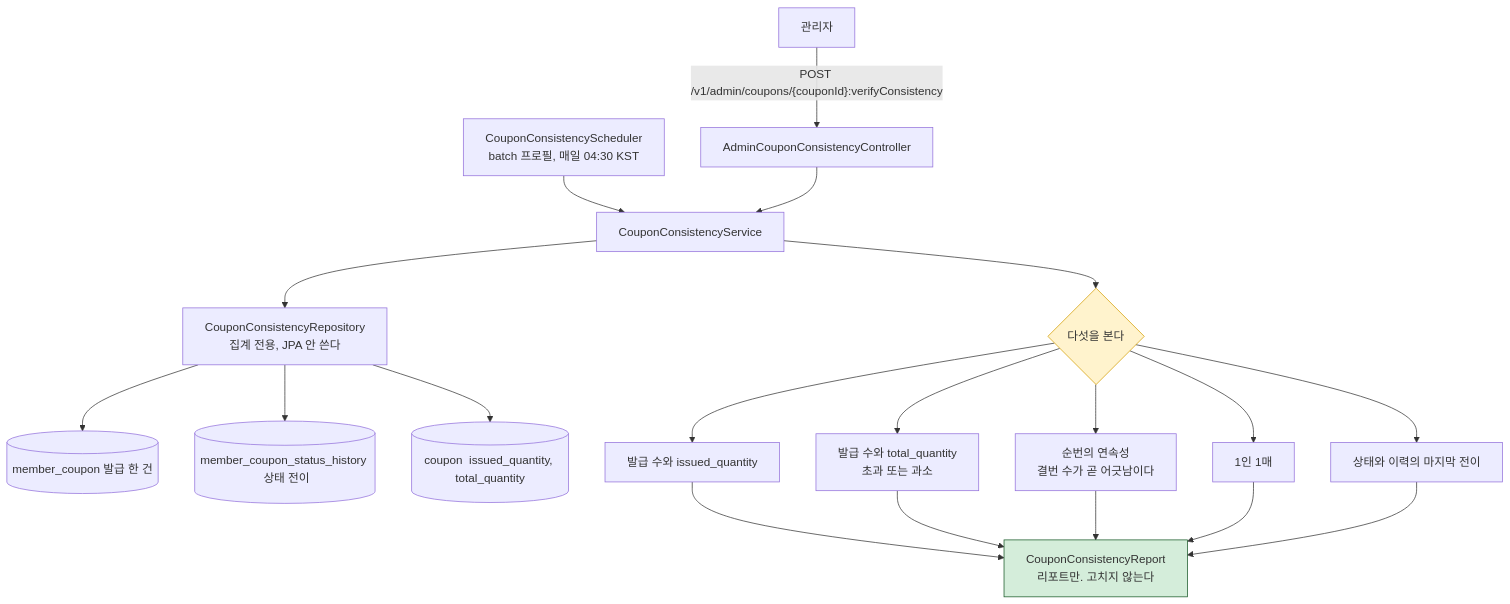
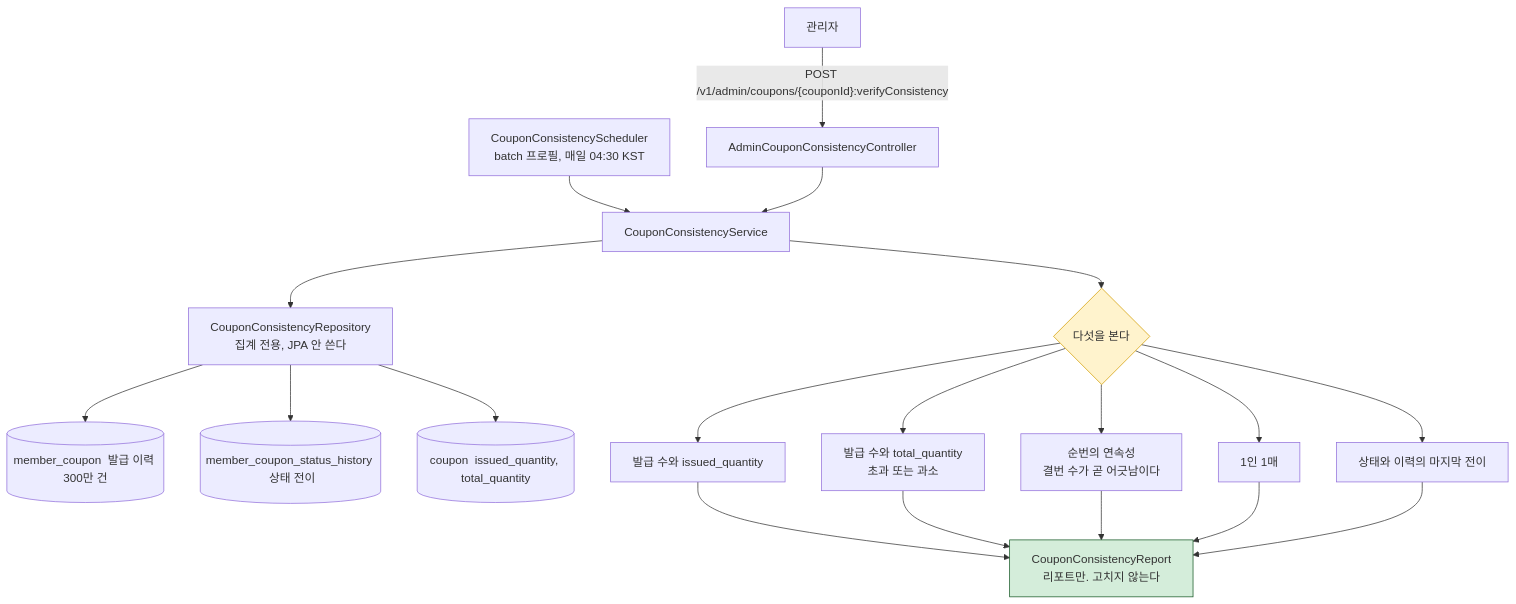
One commit to fresh-market/fm-backend changed the second of 2 diagrams in README.md. Above: the diagram before and after it, drawn with Mermaid. The commit also changed other lines of this file, not shown here.

````diff
--- a/README.md
+++ b/README.md
@@ -448,23 +441,23 @@
 ```mermaid
 flowchart TB
     ADMIN["관리자"] -->|"POST /v1/admin/coupons/{couponId}:verifyConsistency"| CTL["AdminCouponConsistencyController"]
     SCHED["CouponConsistencyScheduler<br/>batch 프로필, 매일 04:30 KST"] --> SVC
     CTL --> SVC["CouponConsistencyService"]
     SVC --> REPO["CouponConsistencyRepository<br/>집계 전용, JPA 안 쓴다"]
 
-    REPO --> T1[("member_coupon  발급 한 건")]
+    REPO --> T1[("member_coupon  발급 이력 300만 건")]
     REPO --> T2[("member_coupon_status_history  상태 전이")]
     REPO --> T3[("coupon  issued_quantity, total_quantity")]
 
     SVC --> CHK{"다섯을 본다"}
     CHK --> V1["발급 수와 issued_quantity"]
     CHK --> V2["발급 수와 total_quantity<br/>초과 또는 과소"]
     CHK --> V3["순번의 연속성<br/>결번 수가 곧 어긋남이다"]
     CHK --> V4["1인 1매"]
     CHK --> V5["상태와 이력의 마지막 전이"]
 
     V1 & V2 & V3 & V4 & V5 --> REP["CouponConsistencyReport<br/>리포트만. 고치지 않는다"]
 
     style CHK fill:#fff3cd,stroke:#d39e00
     style REP fill:#d4edda,stroke:#155724
 ```
````
